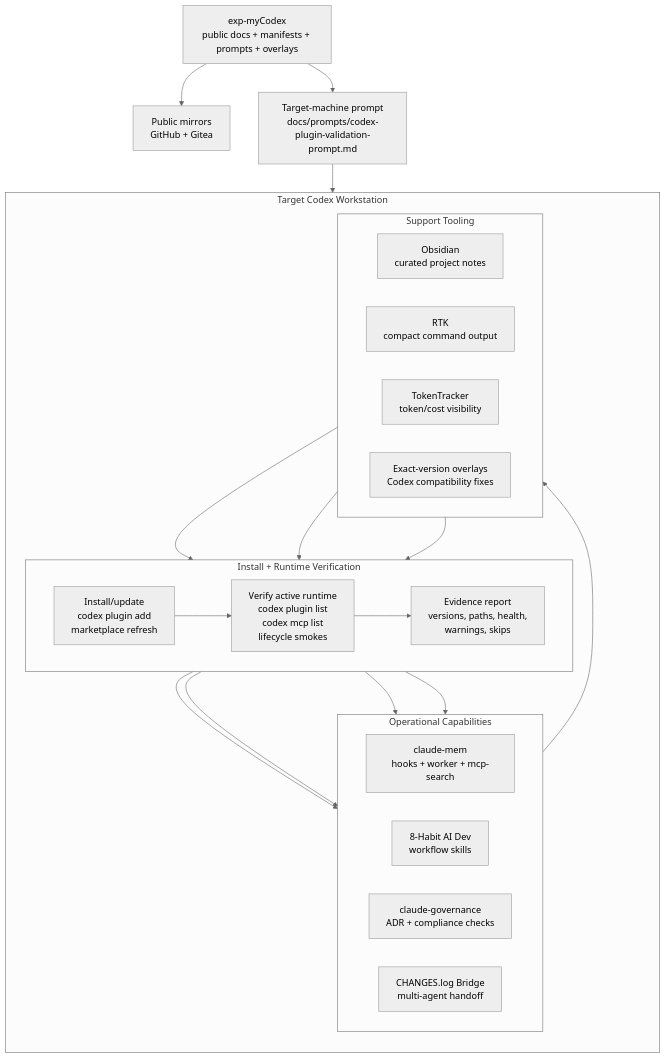
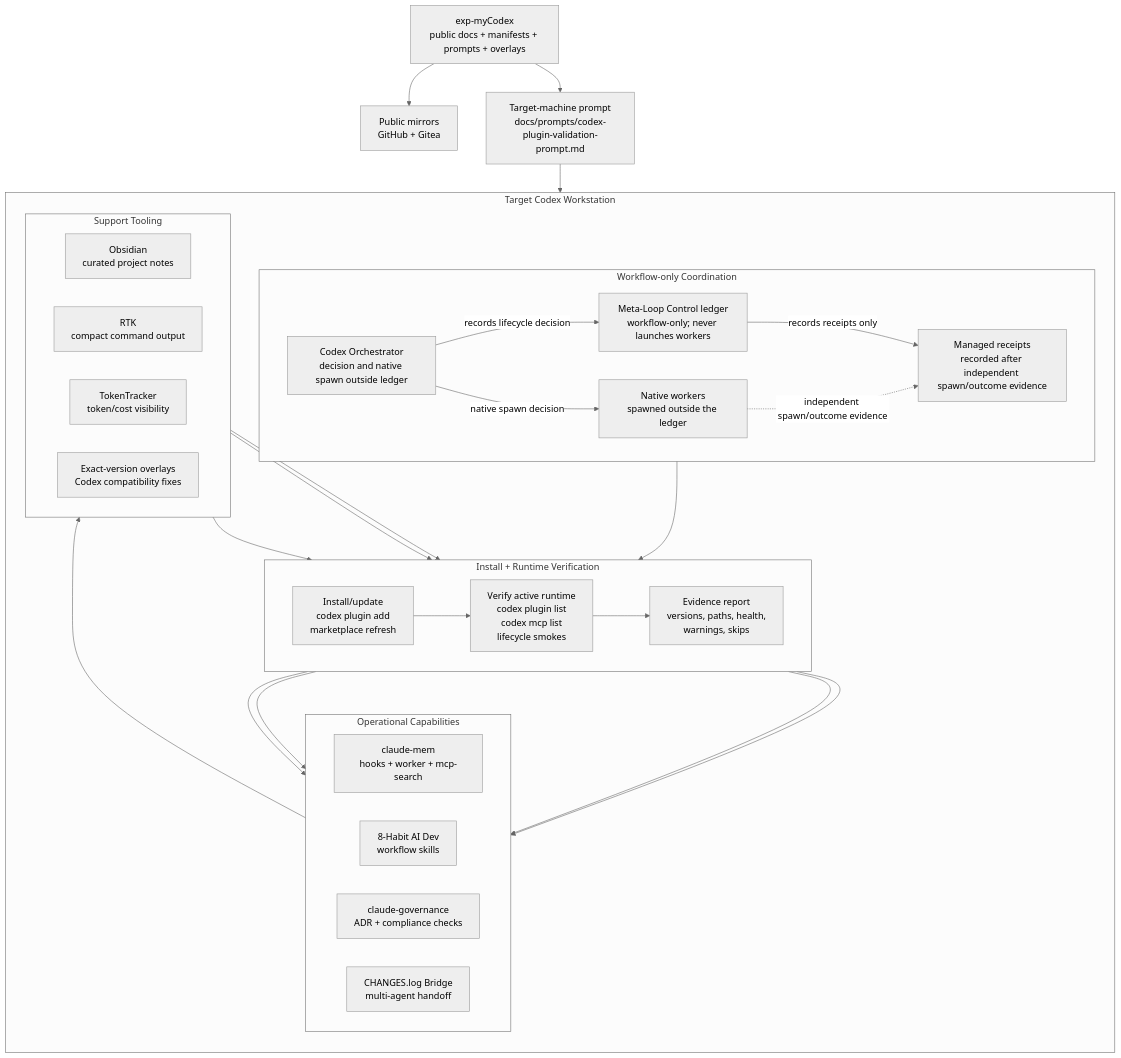
Before and after one commit to pitimon/exp-myCodex: the diagram in README.md, drawn with Mermaid (neutral theme). The commit also changed other lines of this file and 6 other files, not shown here.

````diff
--- a/README.md
+++ b/README.md
@@ -105,45 +108,57 @@
 ```mermaid
 flowchart TB
   repo["exp-myCodex<br/>public docs + manifests + prompts + overlays"]
   mirrors["Public mirrors<br/>GitHub + Gitea"]
   prompt["Target-machine prompt<br/>docs/prompts/codex-plugin-validation-prompt.md"]
 
   subgraph target["Target Codex Workstation"]
     direction TB
 
     subgraph control["Install + Runtime Verification"]
       direction LR
       install["Install/update<br/>codex plugin add<br/>marketplace refresh"]
       verify["Verify active runtime<br/>codex plugin list<br/>codex mcp list<br/>lifecycle smokes"]
       evidence["Evidence report<br/>versions, paths, health,<br/>warnings, skips"]
+    end
+
+    subgraph coordination["Workflow-only Coordination"]
+      direction LR
+      orchestrator["Codex Orchestrator<br/>decision and native spawn outside ledger"]
+      ledger["Meta-Loop Control ledger<br/>workflow-only; never launches workers"]
+      receipts["Managed receipts<br/>recorded after independent spawn/outcome evidence"]
+      workers["Native workers<br/>spawned outside the ledger"]
     end
 
     subgraph capabilities["Operational Capabilities"]
       direction LR
       memory["claude-mem<br/>hooks + worker + mcp-search"]
       workflow["8-Habit AI Dev<br/>workflow skills"]
       governance["claude-governance<br/>ADR + compliance checks"]
       handoff["CHANGES.log Bridge<br/>multi-agent handoff"]
     end
 
     subgraph support["Support Tooling"]
       direction LR
       obsidian["Obsidian<br/>curated project notes"]
       rtk["RTK<br/>compact command output"]
       tokens["TokenTracker<br/>token/cost visibility"]
       overlays["Exact-version overlays<br/>Codex compatibility fixes"]
     end
   end
 
   repo --> prompt --> target
   repo --> mirrors
   install --> verify --> evidence
+  orchestrator -->|records lifecycle decision| ledger
+  ledger -->|records receipts only| receipts --> evidence
+  orchestrator -->|native spawn decision| workers
+  workers -. independent spawn/outcome evidence .-> receipts
   verify --> memory
   verify --> workflow
   verify --> governance
   verify --> handoff
   memory --> obsidian
   overlays --> verify
   rtk --> evidence
   tokens --> evidence
 ```
````
